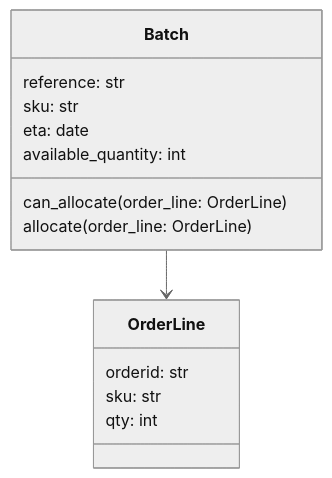
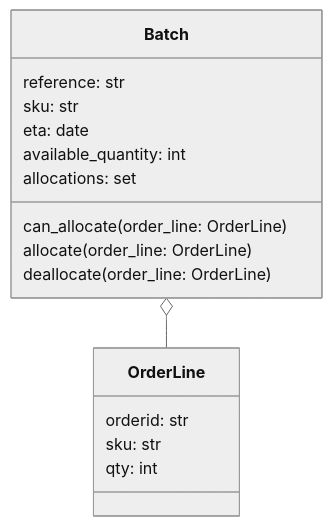
The first of 2 diagrams in docs/source/domain_modeling.rst (pr0f37/cosmic_python), drawn with Mermaid (neutral theme) before and after one commit. The commit also changed other lines of this file and 3 other files, not shown here.

```diff
--- a/docs/source/domain_modeling.rst
+++ b/docs/source/domain_modeling.rst
@@ -20,17 +20,19 @@
 .. mermaid::
 
     classDiagram
-        Batch --> OrderLine
+        Batch o-- OrderLine
         class OrderLine{
             orderid: str
             sku: str
             qty: int
         }
         class Batch{
             reference: str
             sku: str
             eta: date
             available_quantity: int
+            allocations: set
             can_allocate(order_line: OrderLine)
             allocate(order_line: OrderLine)
+            deallocate(order_line: OrderLine)
         }
```
